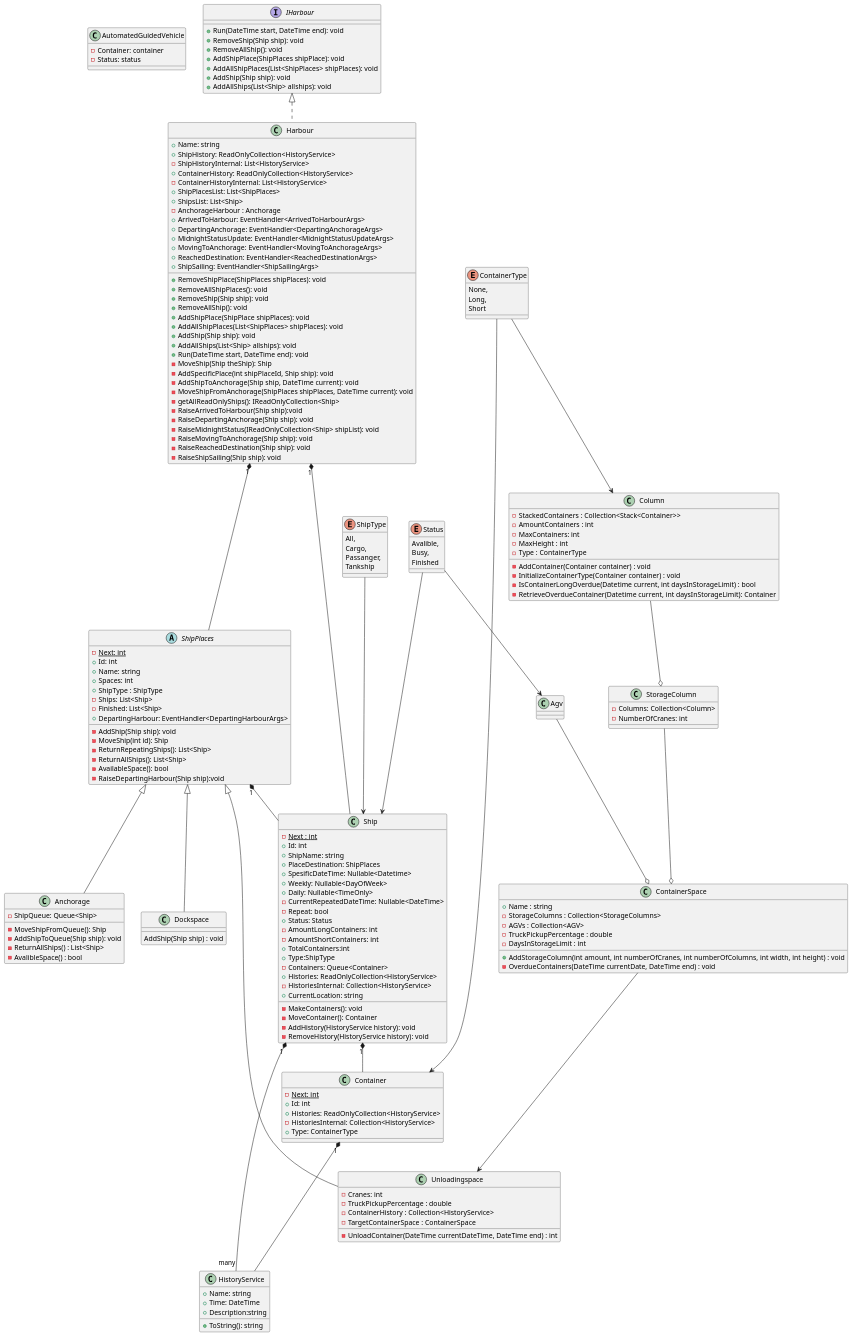
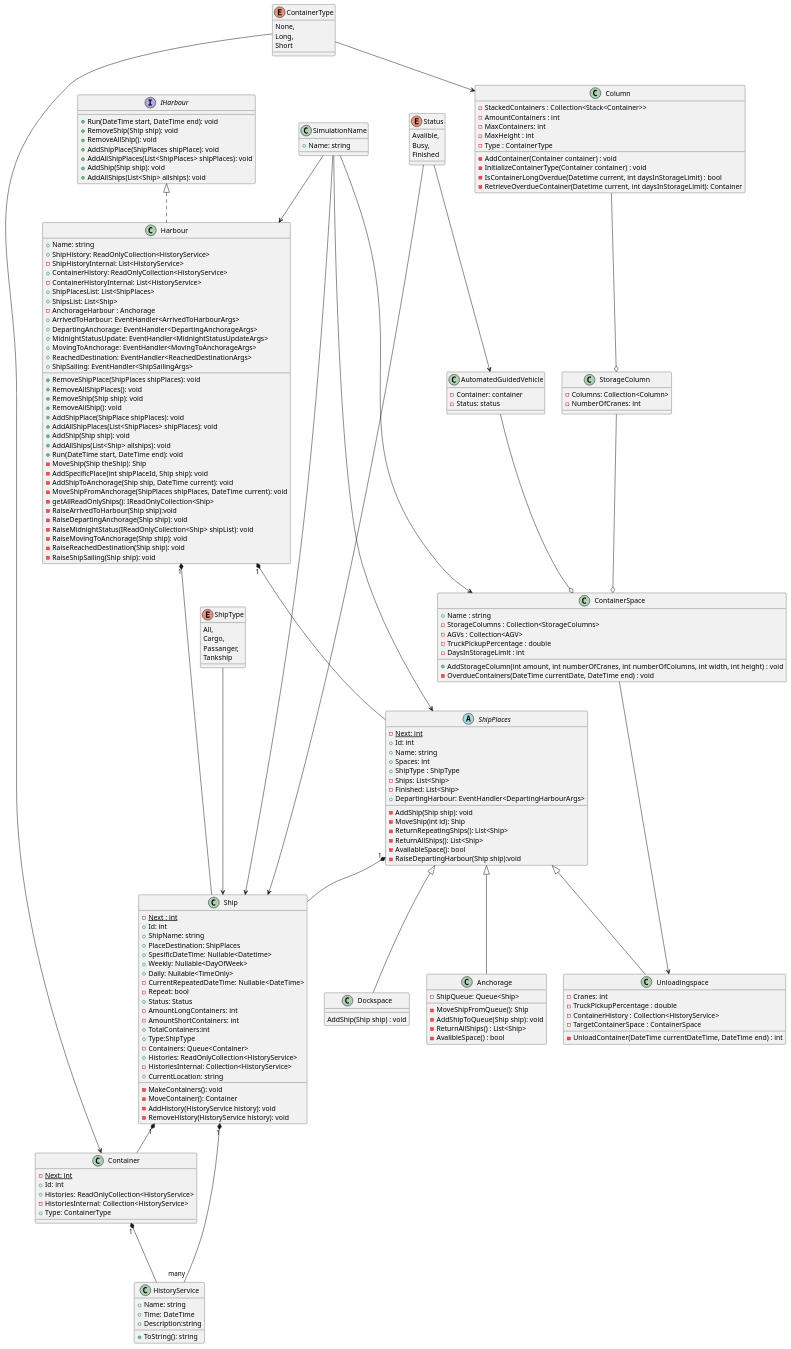
One commit to NET-og-Rammeverk-gruppe-MBFS/HavnAPI changed the diagram in HavnAPIuml.puml. Above: the diagram before and after it, drawn with PlantUML. The commit also changed 9 other files, not shown here.

Commit message:
La til Strongly typed string SimulationName og la det til kontruktører

```diff
--- a/HavnAPIuml.puml
+++ b/HavnAPIuml.puml
@@ -165,13 +165,21 @@
     Passanger,
     Tankship
 }
+
+class SimulationName{
+    +Name: string
+}
+
 enum Status{
     Avalible,
     Busy,
     Finished
 }
 
-
+SimulationName --> Harbour
+SimulationName --> Ship
+SimulationName --> ShipPlaces
+SimulationName --> ContainerSpace
 ShipType ---> Ship
 Harbour "1" *--- ShipPlaces
 Harbour "1" *-- Ship
@@ -180,13 +188,13 @@
 Ship "1" *-- "many" HistoryService
 Container "1" *--- HistoryService
 ContainerSpace ---> Unloadingspace
-Agv --o ContainerSpace
+AutomatedGuidedVehicle --o ContainerSpace
 Column --o StorageColumn
 StorageColumn --o ContainerSpace
 ContainerType -----> Container
 ContainerType -->Column
 Status --> Ship
-Status --> Agv
+Status --> AutomatedGuidedVehicle
 
 
 
```
